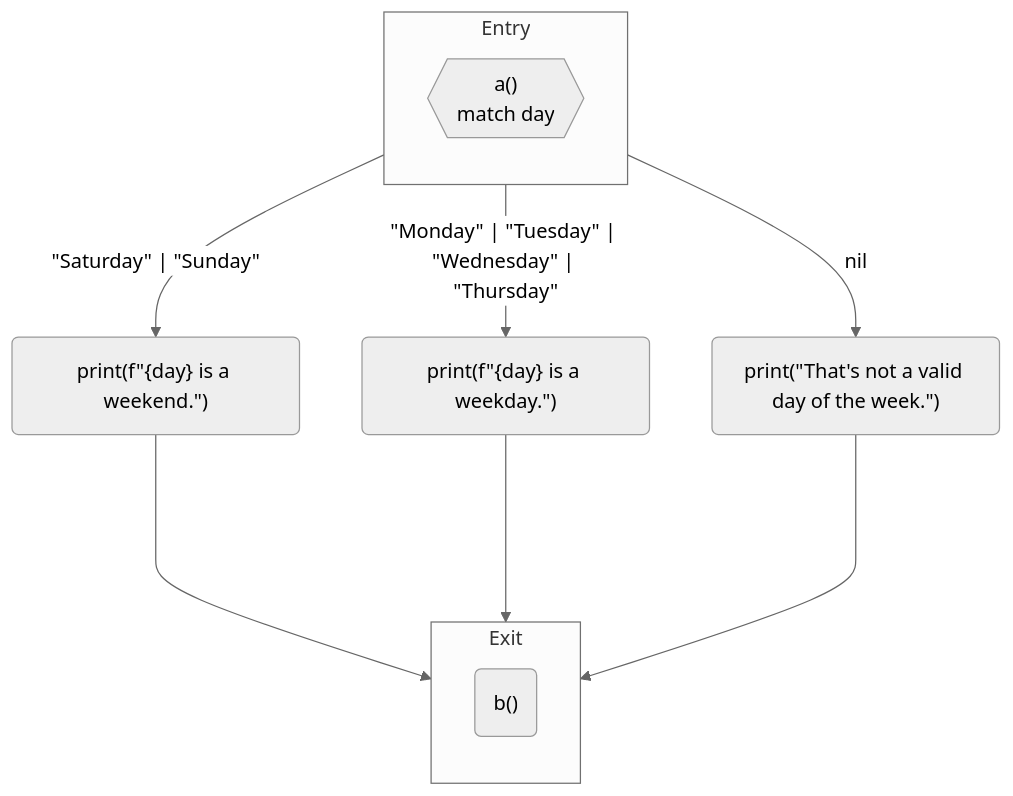
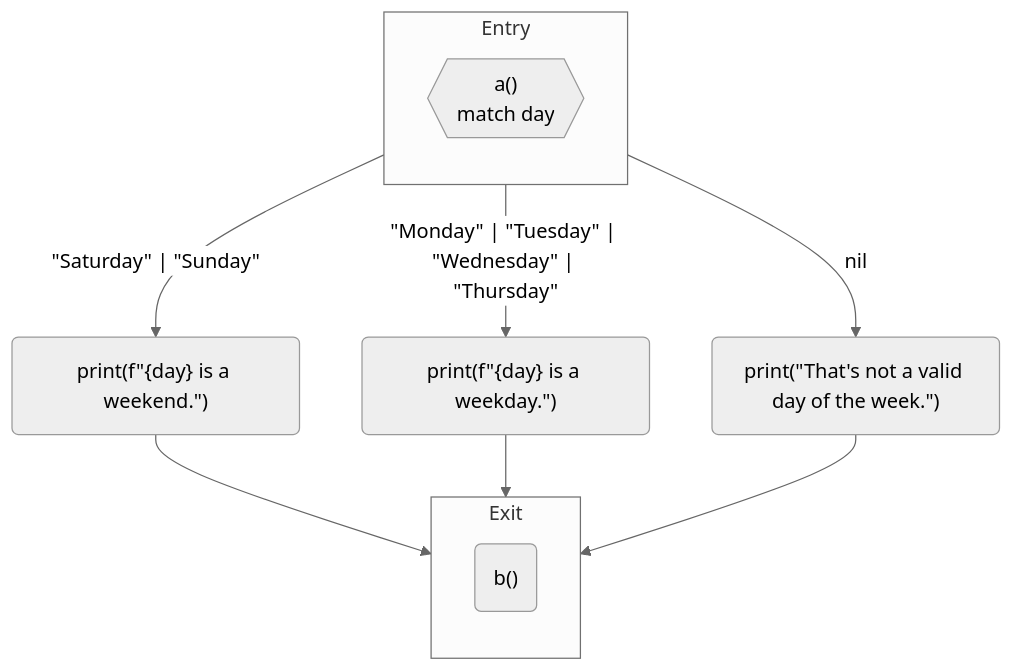
One commit to moosetechnology/moosetechnology.github.io changed diagram 17 of 18 in src/content/docs/developers/fast-cfg.mdx. Above: the diagram before and after it, drawn with Mermaid (neutral theme). The commit also changed other lines of this file, not shown here.

Commit message:
Correction des flèches dans les diagrammes de flux pour une meilleure clarté

````diff
--- a/src/content/docs/developers/fast-cfg.mdx
+++ b/src/content/docs/developers/fast-cfg.mdx
@@ -998,24 +998,24 @@
 ```mermaid
 flowchart TD
 	subgraph Entry
 		direction TB
 		1
 	end
 
 	subgraph Exit
 		direction TB
 		5
 	end
 
 	1{{"a()<br/>	match day "}}
 	2("print(f&quot;{day} is a weekend.&quot;) ")
 	3("print(f&quot;{day} is a weekday.&quot;) ")
 	4("print(&quot;That's not a valid day of the week.&quot;) ")
 	5("b() ")
 	1 -- "&quot;Saturday&quot; | &quot;Sunday&quot;" --> 2
 	1 -- "&quot;Monday&quot; | &quot;Tuesday&quot; | &quot;Wednesday&quot; | &quot;Thursday&quot;" --> 3
 	1 -- nil --> 4
-	2 ----> 5
-	3 ----> 5
-	4 ----> 5
+	2 --> 5
+	3 --> 5
+	4 --> 5
 ```
````
